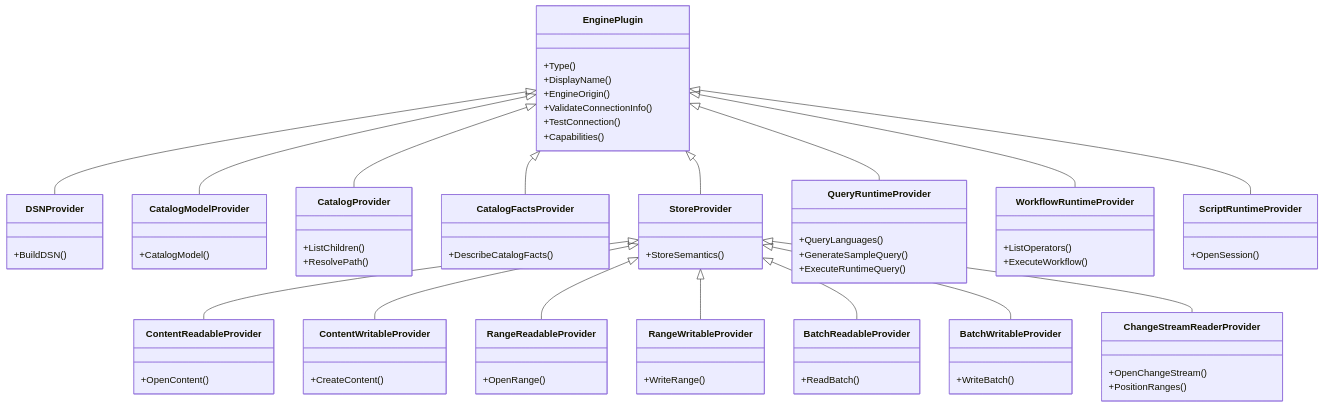
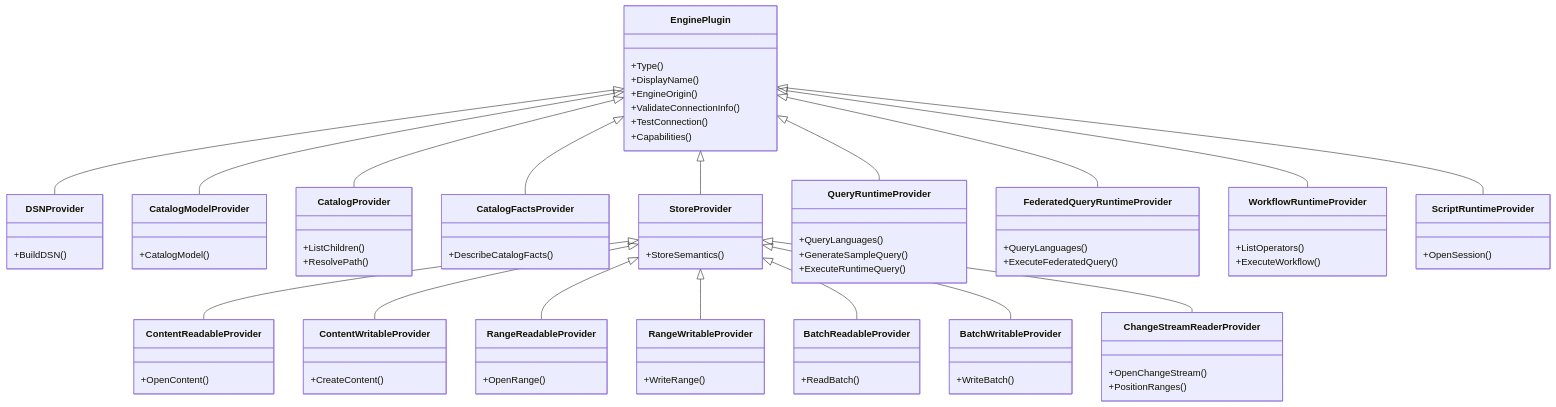
The second of 3 diagrams in docs/concepts/addp引擎体系图.md (pampa0629/addp), drawn with Mermaid before and after one commit. The commit also changed other lines of this file and 301 other files, not shown here.

````diff
--- a/docs/concepts/addp引擎体系图.md
+++ b/docs/concepts/addp引擎体系图.md
@@ -141,6 +141,11 @@
         +ExecuteRuntimeQuery()
     }
 
+    class FederatedQueryRuntimeProvider {
+        +QueryLanguages()
+        +ExecuteFederatedQuery()
+    }
+
     class WorkflowRuntimeProvider {
         +ListOperators()
         +ExecuteWorkflow()
@@ -163,6 +168,7 @@
     StoreProvider <|-- BatchWritableProvider
     StoreProvider <|-- ChangeStreamReaderProvider
     EnginePlugin <|-- QueryRuntimeProvider
+    EnginePlugin <|-- FederatedQueryRuntimeProvider
     EnginePlugin <|-- WorkflowRuntimeProvider
     EnginePlugin <|-- ScriptRuntimeProvider
 ```
````
